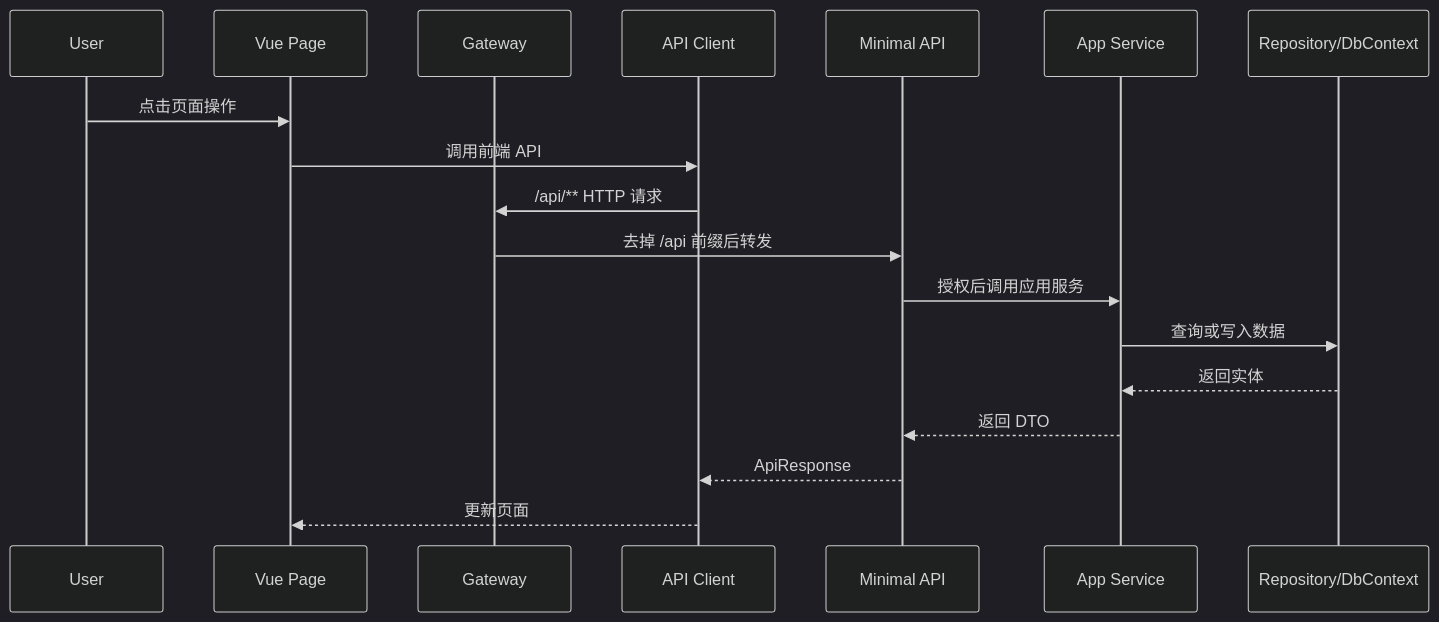
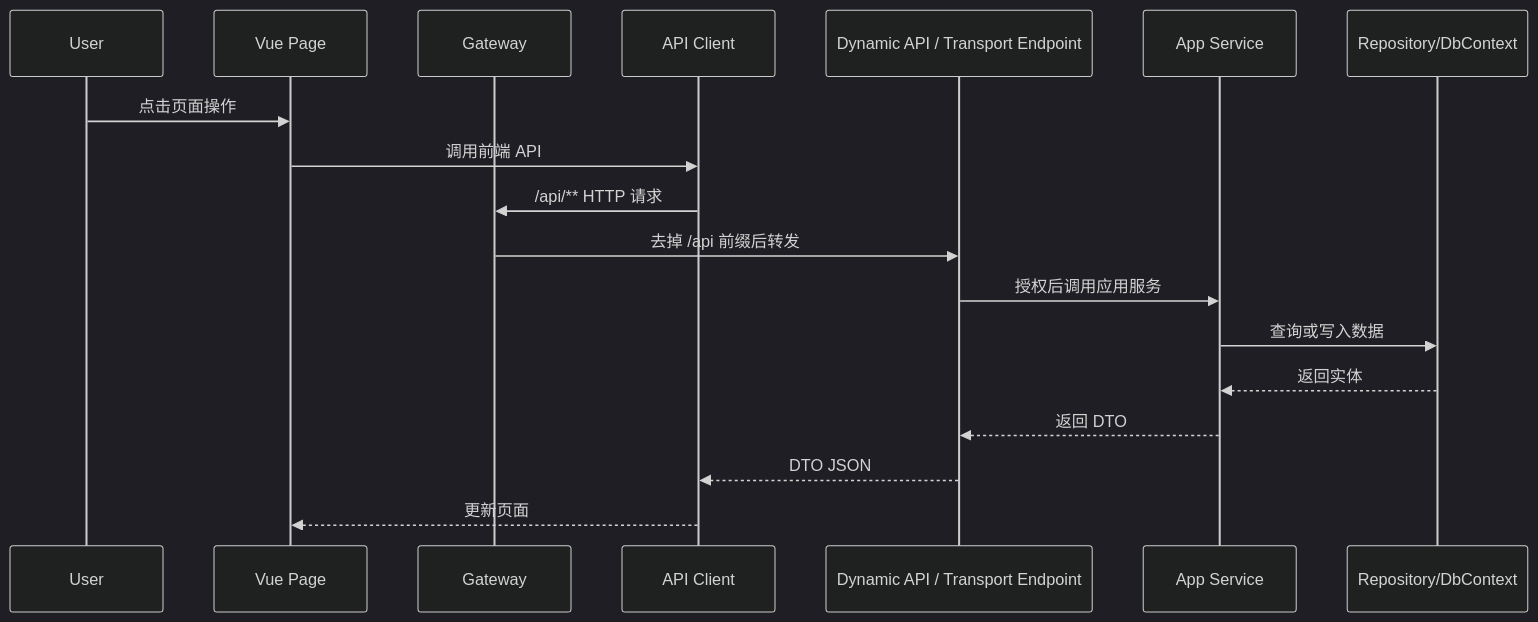
One commit to tellmevx-cell/mini-admin changed the second of 2 diagrams in docs-site/developer/architecture.md. Above: the diagram before and after it, drawn with Mermaid (dark theme). The commit also changed other lines of this file and 177 other files, not shown here.

````diff
--- a/docs-site/developer/architecture.md
+++ b/docs-site/developer/architecture.md
@@ -51,21 +56,21 @@
 ```mermaid
 sequenceDiagram
     participant U as User
     participant V as Vue Page
     participant G as Gateway
     participant A as API Client
-    participant M as Minimal API
+    participant M as Dynamic API / Transport Endpoint
     participant S as App Service
     participant R as Repository/DbContext
 
     U->>V: 点击页面操作
     V->>A: 调用前端 API
     A->>G: /api/** HTTP 请求
     G->>M: 去掉 /api 前缀后转发
     M->>S: 授权后调用应用服务
     S->>R: 查询或写入数据
     R-->>S: 返回实体
     S-->>M: 返回 DTO
-    M-->>A: ApiResponse
+    M-->>A: DTO JSON
     A-->>V: 更新页面
 ```
````
